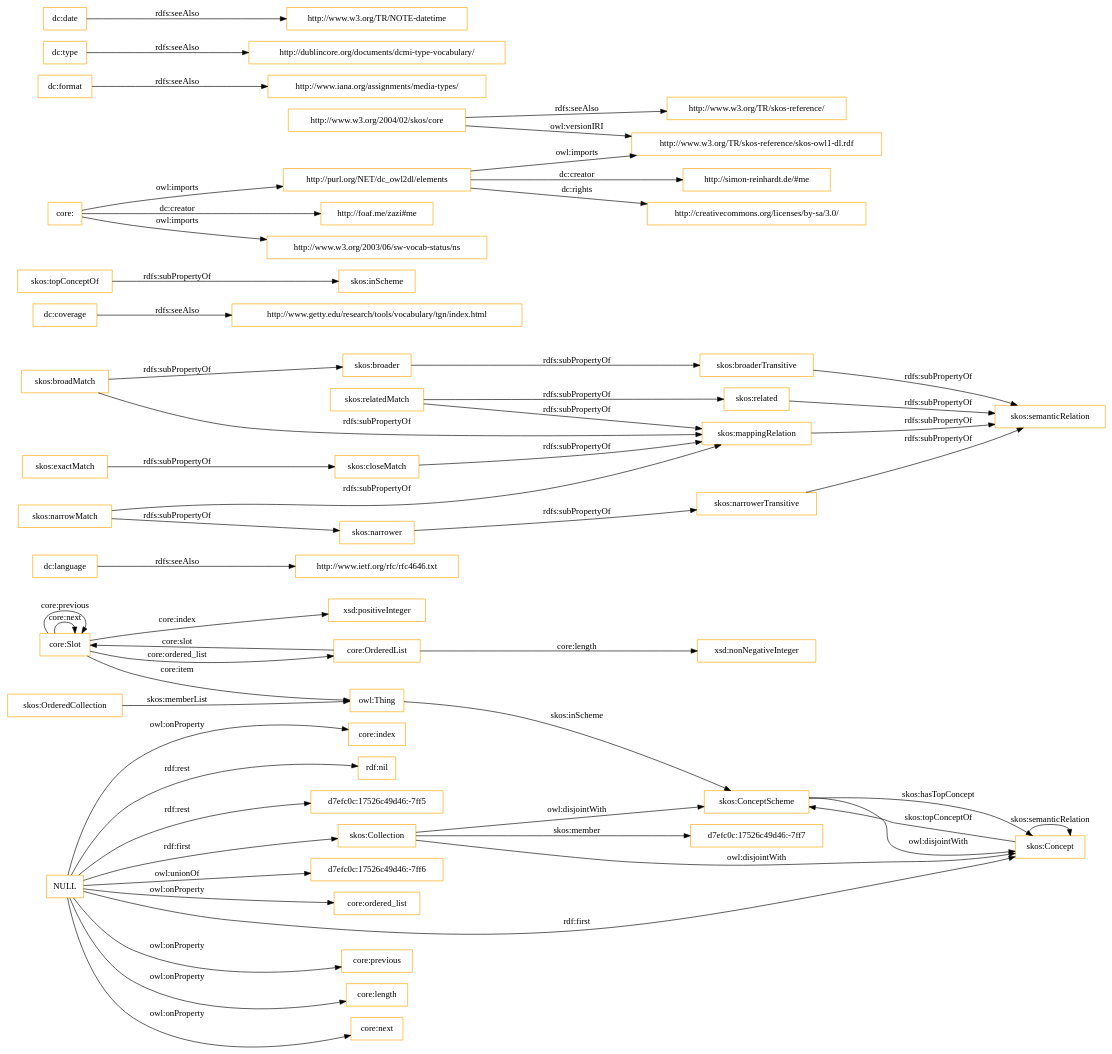
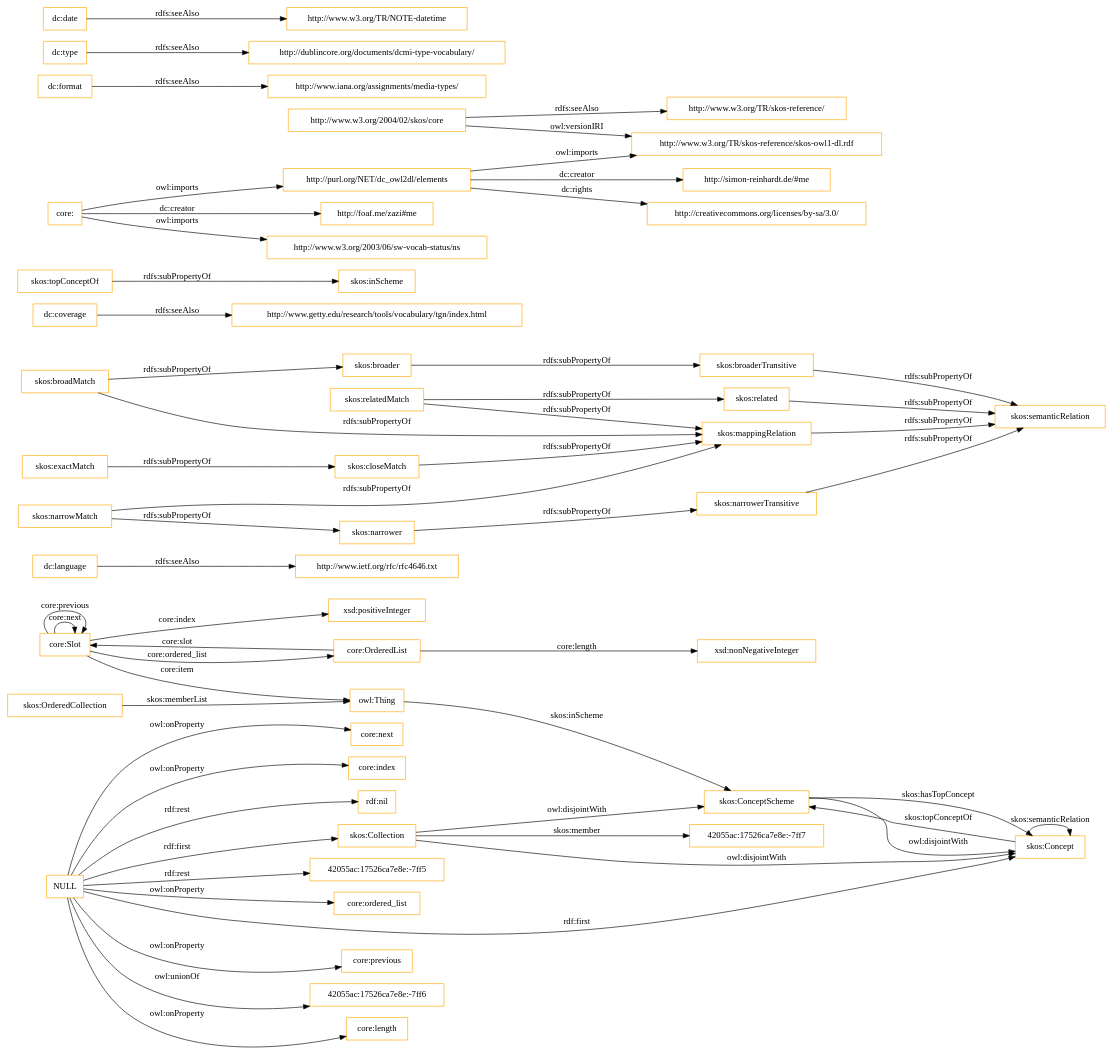
One commit to OnToologyUser/core-ontology-1 changed the diagram in OnToology/imports/core.owl/diagrams/ar2dtool-class/core.owl.png.dot. Above: the diagram before and after it, drawn with Graphviz. The commit also changed 14 other files, not shown here.

```diff
--- a/OnToology/imports/core.owl/diagrams/ar2dtool-class/core.owl.png.dot
+++ b/OnToology/imports/core.owl/diagrams/ar2dtool-class/core.owl.png.dot
@@ -1,60 +1,60 @@
 digraph ar2dtool_diagram { 
 rankdir=LR;
 size="1501"
-node [shape = rectangle, color="orange"]; "core:Slot" "core:OrderedList" "d7efc0c:17526c49d46:-7ff7" "skos:OrderedCollection" "skos:Collection" "skos:ConceptScheme" "skos:Concept" ; /*classes style*/
+node [shape = rectangle, color="orange"]; "core:Slot" "core:OrderedList" "42055ac:17526ca7e8e:-7ff7" "skos:OrderedCollection" "skos:Collection" "skos:ConceptScheme" "skos:Concept" ; /*classes style*/
 	"dc:language" -> "http://www.ietf.org/rfc/rfc4646.txt" [ label = "rdfs:seeAlso" ];
 	"NULL" -> "core:previous" [ label = "owl:onProperty" ];
+	"NULL" -> "42055ac:17526ca7e8e:-7ff6" [ label = "owl:unionOf" ];
 	"NULL" -> "core:length" [ label = "owl:onProperty" ];
 	"NULL" -> "skos:Concept" [ label = "rdf:first" ];
 	"NULL" -> "core:next" [ label = "owl:onProperty" ];
 	"NULL" -> "core:index" [ label = "owl:onProperty" ];
 	"NULL" -> "rdf:nil" [ label = "rdf:rest" ];
-	"NULL" -> "d7efc0c:17526c49d46:-7ff5" [ label = "rdf:rest" ];
-	"NULL" -> "d7efc0c:17526c49d46:-7ff6" [ label = "owl:unionOf" ];
+	"NULL" -> "42055ac:17526ca7e8e:-7ff5" [ label = "rdf:rest" ];
 	"NULL" -> "core:ordered_list" [ label = "owl:onProperty" ];
 	"NULL" -> "skos:Collection" [ label = "rdf:first" ];
 	"skos:closeMatch" -> "skos:mappingRelation" [ label = "rdfs:subPropertyOf" ];
 	"dc:coverage" -> "http://www.getty.edu/research/tools/vocabulary/tgn/index.html" [ label = "rdfs:seeAlso" ];
 	"skos:relatedMatch" -> "skos:related" [ label = "rdfs:subPropertyOf" ];
 	"skos:relatedMatch" -> "skos:mappingRelation" [ label = "rdfs:subPropertyOf" ];
 	"skos:ConceptScheme" -> "skos:Concept" [ label = "owl:disjointWith" ];
 	"skos:related" -> "skos:semanticRelation" [ label = "rdfs:subPropertyOf" ];
 	"skos:topConceptOf" -> "skos:inScheme" [ label = "rdfs:subPropertyOf" ];
 	"skos:broadMatch" -> "skos:broader" [ label = "rdfs:subPropertyOf" ];
 	"skos:broadMatch" -> "skos:mappingRelation" [ label = "rdfs:subPropertyOf" ];
 	"http://purl.org/NET/dc_owl2dl/elements" -> "http://www.w3.org/TR/skos-reference/skos-owl1-dl.rdf" [ label = "owl:imports" ];
 	"http://purl.org/NET/dc_owl2dl/elements" -> "http://creativecommons.org/licenses/by-sa/3.0/" [ label = "dc:rights" ];
 	"http://purl.org/NET/dc_owl2dl/elements" -> "http://simon-reinhardt.de/#me" [ label = "dc:creator" ];
 	"skos:exactMatch" -> "skos:closeMatch" [ label = "rdfs:subPropertyOf" ];
 	"dc:format" -> "http://www.iana.org/assignments/media-types/" [ label = "rdfs:seeAlso" ];
 	"core:" -> "http://foaf.me/zazi#me" [ label = "dc:creator" ];
 	"core:" -> "http://www.w3.org/2003/06/sw-vocab-status/ns" [ label = "owl:imports" ];
 	"core:" -> "http://purl.org/NET/dc_owl2dl/elements" [ label = "owl:imports" ];
 	"skos:broaderTransitive" -> "skos:semanticRelation" [ label = "rdfs:subPropertyOf" ];
 	"skos:mappingRelation" -> "skos:semanticRelation" [ label = "rdfs:subPropertyOf" ];
 	"skos:broader" -> "skos:broaderTransitive" [ label = "rdfs:subPropertyOf" ];
 	"dc:type" -> "http://dublincore.org/documents/dcmi-type-vocabulary/" [ label = "rdfs:seeAlso" ];
 	"http://www.w3.org/2004/02/skos/core" -> "http://www.w3.org/TR/skos-reference/skos-owl1-dl.rdf" [ label = "owl:versionIRI" ];
 	"http://www.w3.org/2004/02/skos/core" -> "http://www.w3.org/TR/skos-reference/" [ label = "rdfs:seeAlso" ];
 	"skos:Collection" -> "skos:ConceptScheme" [ label = "owl:disjointWith" ];
 	"skos:Collection" -> "skos:Concept" [ label = "owl:disjointWith" ];
 	"skos:narrowMatch" -> "skos:narrower" [ label = "rdfs:subPropertyOf" ];
 	"skos:narrowMatch" -> "skos:mappingRelation" [ label = "rdfs:subPropertyOf" ];
 	"skos:narrower" -> "skos:narrowerTransitive" [ label = "rdfs:subPropertyOf" ];
 	"dc:date" -> "http://www.w3.org/TR/NOTE-datetime" [ label = "rdfs:seeAlso" ];
 	"skos:narrowerTransitive" -> "skos:semanticRelation" [ label = "rdfs:subPropertyOf" ];
 	"core:Slot" -> "xsd:positiveInteger" [ label = "core:index" ];
 	"skos:Concept" -> "skos:ConceptScheme" [ label = "skos:topConceptOf" ];
 	"core:Slot" -> "owl:Thing" [ label = "core:item" ];
 	"core:OrderedList" -> "xsd:nonNegativeInteger" [ label = "core:length" ];
 	"core:OrderedList" -> "core:Slot" [ label = "core:slot" ];
-	"skos:Collection" -> "d7efc0c:17526c49d46:-7ff7" [ label = "skos:member" ];
+	"skos:Collection" -> "42055ac:17526ca7e8e:-7ff7" [ label = "skos:member" ];
 	"core:Slot" -> "core:Slot" [ label = "core:next" ];
 	"skos:ConceptScheme" -> "skos:Concept" [ label = "skos:hasTopConcept" ];
 	"owl:Thing" -> "skos:ConceptScheme" [ label = "skos:inScheme" ];
 	"core:Slot" -> "core:Slot" [ label = "core:previous" ];
 	"skos:OrderedCollection" -> "owl:Thing" [ label = "skos:memberList" ];
 	"skos:Concept" -> "skos:Concept" [ label = "skos:semanticRelation" ];
 	"core:Slot" -> "core:OrderedList" [ label = "core:ordered_list" ];
 
 }
```
